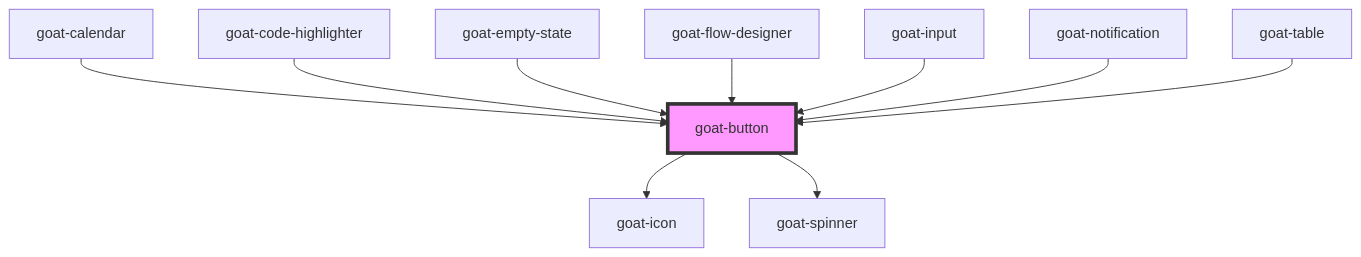
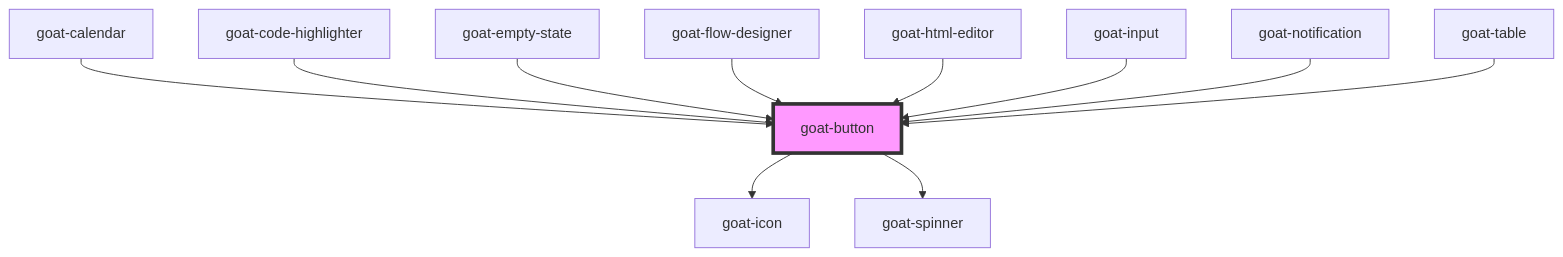
One commit to goatui/components changed the diagram in src/components/general/button/readme.md. Above: the diagram before and after it, drawn with Mermaid. The commit also changed other lines of this file and 24 other files, not shown here.

````diff
--- a/src/components/general/button/readme.md
+++ b/src/components/general/button/readme.md
@@ -86,13 +87,14 @@
 ```mermaid
 graph TD;
   goat-button --> goat-icon
   goat-button --> goat-spinner
   goat-calendar --> goat-button
   goat-code-highlighter --> goat-button
   goat-empty-state --> goat-button
   goat-flow-designer --> goat-button
+  goat-html-editor --> goat-button
   goat-input --> goat-button
   goat-notification --> goat-button
   goat-table --> goat-button
   style goat-button fill:#f9f,stroke:#333,stroke-width:4px
 ```
````
